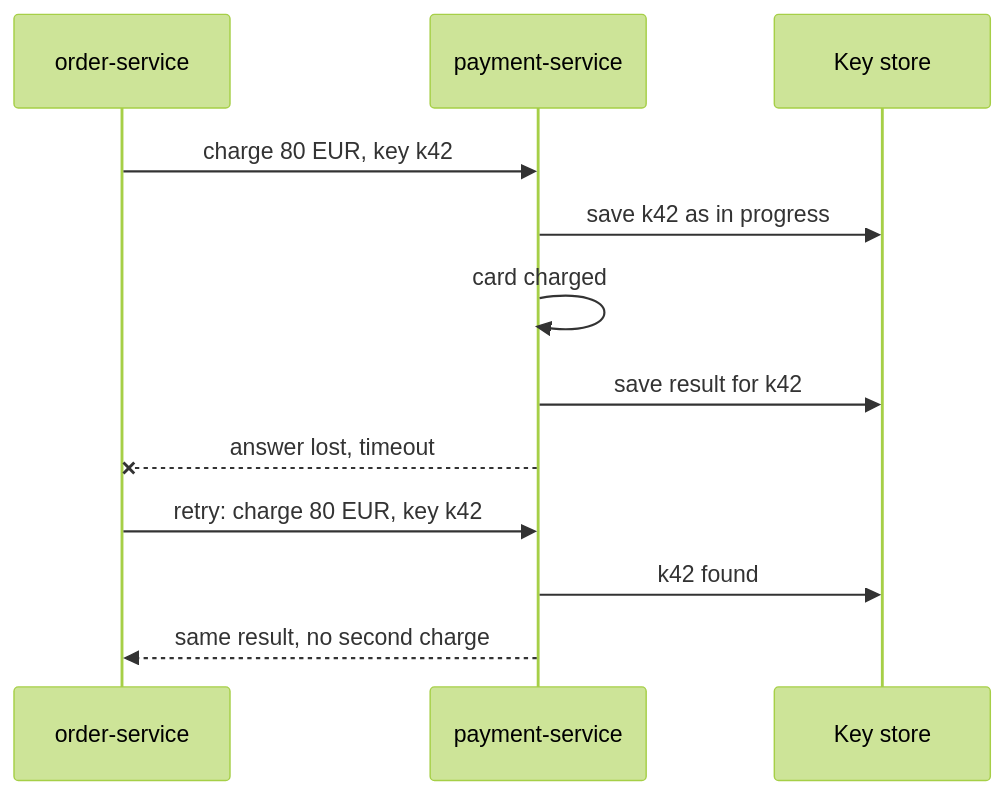
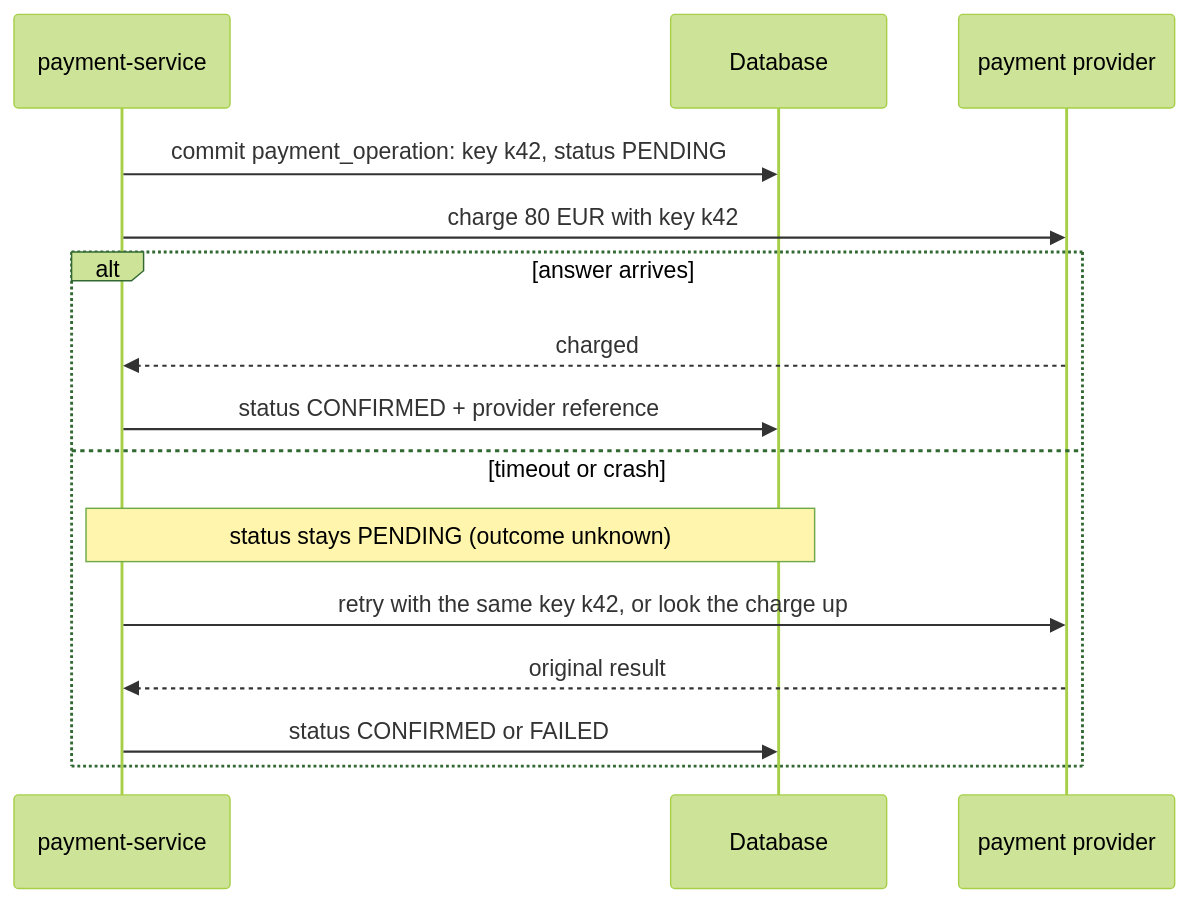
Before and after one commit to jubin-techwiz/learning: the second of 2 diagrams in notes/01-resilience/04-idempotency.md, drawn with Mermaid (forest theme). The commit also changed other lines of this file and 11 other files, not shown here.

````diff
--- a/notes/01-resilience/04-idempotency.md
+++ b/notes/01-resilience/04-idempotency.md
@@ -42,14 +102,17 @@
 ```mermaid
 sequenceDiagram
-    participant O as order-service
     participant P as payment-service
-    participant D as Key store
-    O->>P: charge 80 EUR, key k42
-    P->>D: save k42 as in progress
-    P->>P: card charged
-    P->>D: save result for k42
-    P--xO: answer lost, timeout
-    O->>P: retry: charge 80 EUR, key k42
-    P->>D: k42 found
-    P-->>O: same result, no second charge
+    participant D as Database
+    participant G as payment provider
+    P->>D: commit payment_operation: key k42, status PENDING
+    P->>G: charge 80 EUR with key k42
+    alt answer arrives
+        G-->>P: charged
+        P->>D: status CONFIRMED + provider reference
+    else timeout or crash
+        Note over P,D: status stays PENDING (outcome unknown)
+        P->>G: retry with the same key k42, or look the charge up
+        G-->>P: original result
+        P->>D: status CONFIRMED or FAILED
+    end
 ```
````
